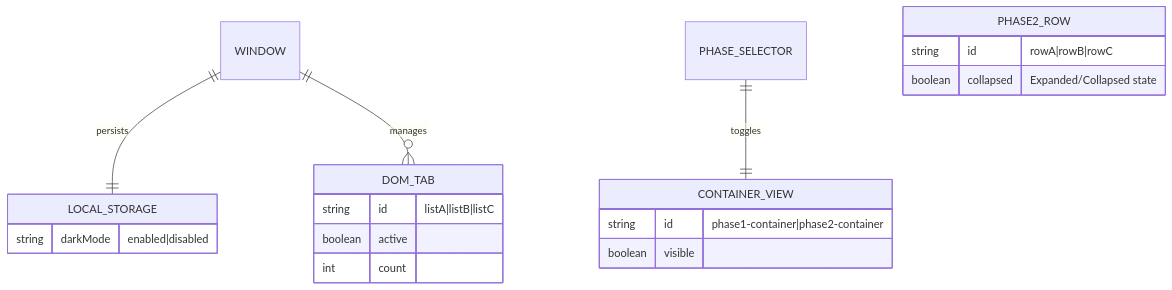
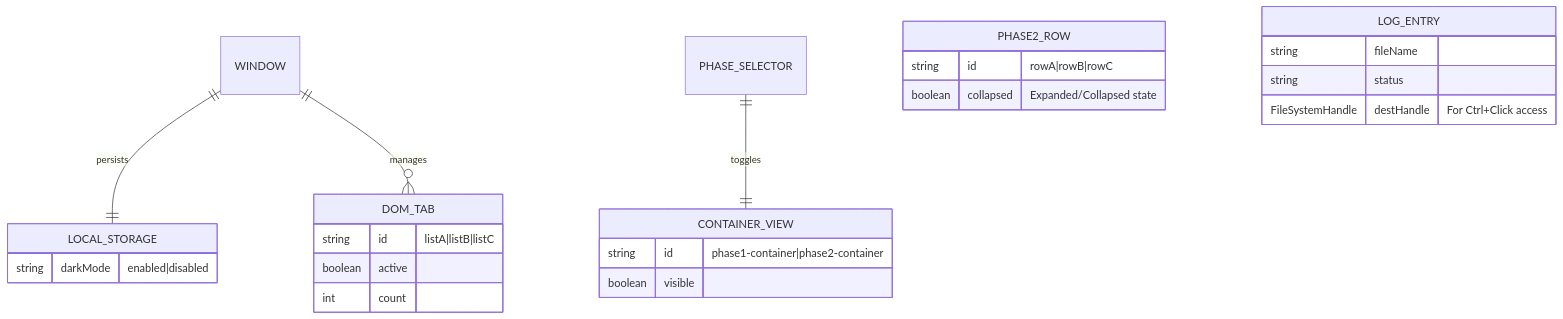
One commit to kerry-davis/form-name-matcher changed the third of 3 diagrams in DATA_MODEL.md. Above: the diagram before and after it, drawn with Mermaid. The commit also changed other lines of this file and 1 other file, not shown here.

Commit message:
Update DATA_MODEL.md and pdf-sorter.html with latest changes

````diff
--- a/DATA_MODEL.md
+++ b/DATA_MODEL.md
@@ -141,26 +141,32 @@
 ```mermaid
 erDiagram
   WINDOW ||--|| LOCAL_STORAGE : "persists"
   WINDOW ||--o{ DOM_TAB : "manages"
   PHASE_SELECTOR ||--|| CONTAINER_VIEW : "toggles"
 
   LOCAL_STORAGE {
     string darkMode "enabled|disabled"
   }
 
   DOM_TAB {
     string id "listA|listB|listC"
     boolean active
     int count
   }
 
   CONTAINER_VIEW {
     string id "phase1-container|phase2-container"
     boolean visible
   }
 
   PHASE2_ROW {
     string id "rowA|rowB|rowC"
     boolean collapsed "Expanded/Collapsed state"
   }
+
+  LOG_ENTRY {
+    string fileName
+    string status
+    FileSystemHandle destHandle "For Ctrl+Click access"
+  }
 ```
````
